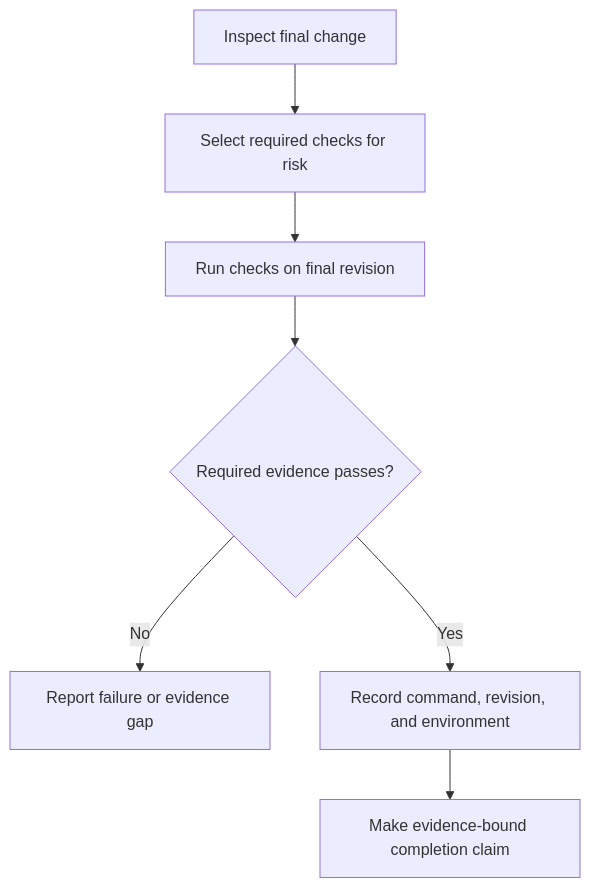
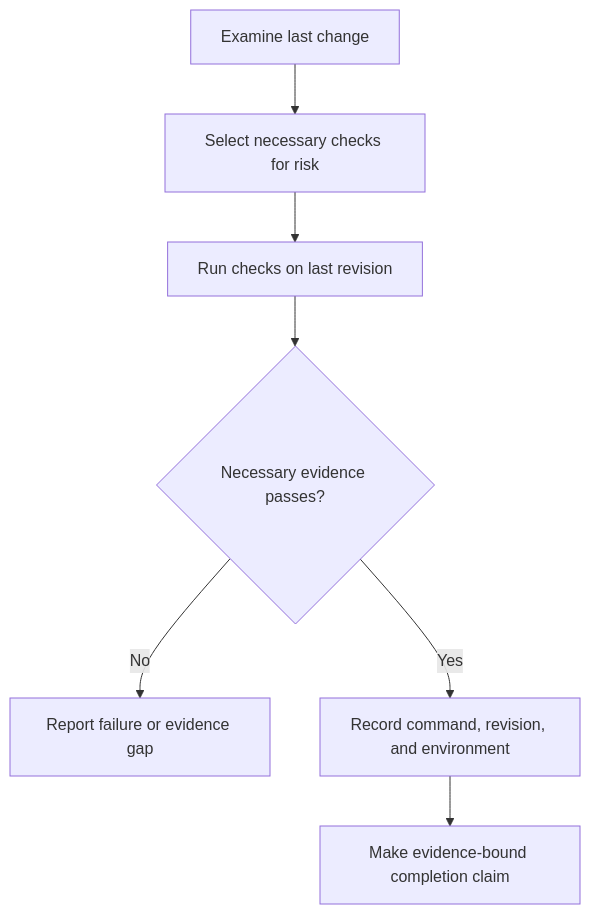
One commit to HomericIntelligence/Athena changed the diagram in docs/principles/details/p065-verify-before-claiming-completion.md. Above: the diagram before and after it, drawn with Mermaid. The commit also changed other lines of this file and 91 other files, not shown here.

````diff
--- a/docs/principles/details/p065-verify-before-claiming-completion.md
+++ b/docs/principles/details/p065-verify-before-claiming-completion.md
@@ -35,9 +35,9 @@
 ```mermaid
 flowchart TD
-    A["Inspect final change"] --> B["Select required checks for risk"]
-    B --> C["Run checks on final revision"]
-    C --> D{"Required evidence passes?"}
+    A["Examine last change"] --> B["Select necessary checks for risk"]
+    B --> C["Run checks on last revision"]
+    C --> D{"Necessary evidence passes?"}
     D -- "No" --> E["Report failure or evidence gap"]
     D -- "Yes" --> F["Record command, revision, and environment"]
     F --> G["Make evidence-bound completion claim"]
 ```
````
